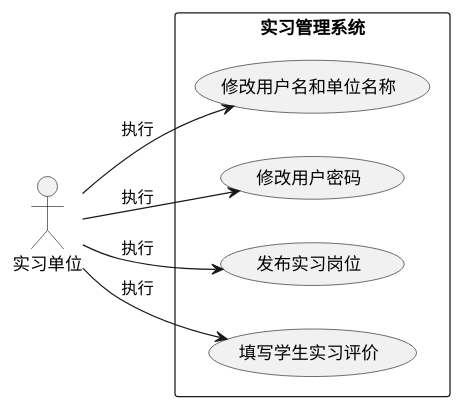
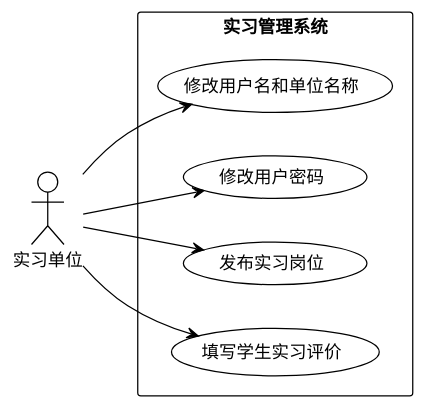
One commit to cnsam2012/GIMS changed the diagram in GPMS_BE/uml_new/3-7实习单位.puml. Above: the diagram before and after it, drawn with PlantUML. The commit also changed 10 other files, not shown here.

```diff
--- a/GPMS_BE/uml_new/3-7实习单位.puml
+++ b/GPMS_BE/uml_new/3-7实习单位.puml
@@ -1,18 +1,19 @@
 @startuml
 left to right direction
 skinparam packageStyle rectangle
 actor 实习单位
+!theme plain
 
 rectangle 实习管理系统 {
   usecase "修改用户名和单位名称" as UC1
   usecase "修改用户密码" as UC2
   usecase "发布实习岗位" as UC3
   usecase "填写学生实习评价" as UC4
 }
 
-实习单位 --> UC1 : 执行
-实习单位 --> UC2 : 执行
-实习单位 --> UC3 : 执行
-实习单位 --> UC4 : 执行
+实习单位 --> UC1
+实习单位 --> UC2
+实习单位 --> UC3
+实习单位 --> UC4
 
 @enduml
```
